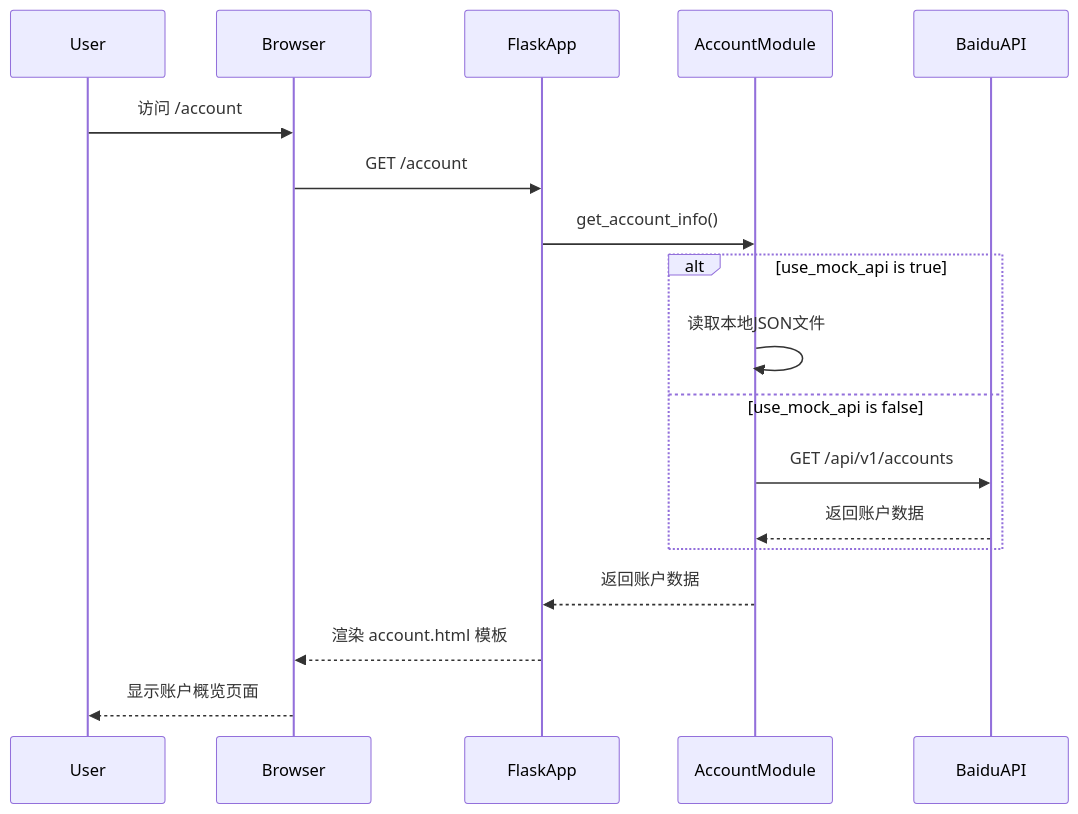
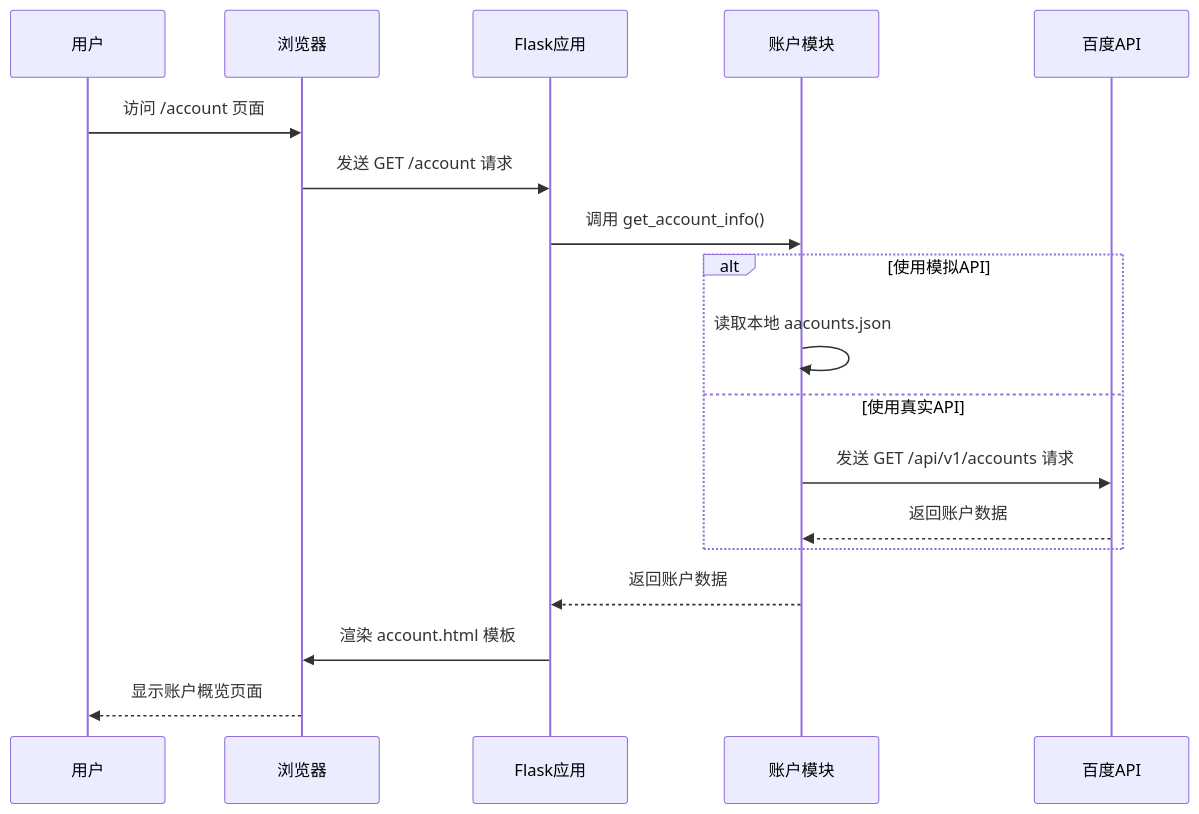
The second of 3 diagrams in README.md (Jas0nxlee/baiduapi), drawn with Mermaid before and after one commit. The commit also changed other lines of this file, not shown here.

````diff
--- a/README.md
+++ b/README.md
@@ -23,21 +54,23 @@
 ```mermaid
 sequenceDiagram
-    participant User
-    participant Browser
-    participant FlaskApp
-    participant AccountModule
-    participant BaiduAPI
+    participant User as 用户
+    participant Browser as 浏览器
+    participant FlaskApp as Flask应用
+    participant AccountModule as 账户模块
+    participant BaiduAPI as 百度API
 
-    User->>Browser: 访问 /account
-    Browser->>FlaskApp: GET /account
-    FlaskApp->>AccountModule: get_account_info()
-    alt use_mock_api is true
-        AccountModule->>AccountModule: 读取本地JSON文件
-    else use_mock_api is false
-        AccountModule->>BaiduAPI: GET /api/v1/accounts
+    User->>Browser: 访问 /account 页面
+    Browser->>FlaskApp: 发送 GET /account 请求
+    FlaskApp->>AccountModule: 调用 get_account_info()
+
+    alt 使用模拟API
+        AccountModule->>AccountModule: 读取本地 aacounts.json
+    else 使用真实API
+        AccountModule->>BaiduAPI: 发送 GET /api/v1/accounts 请求
         BaiduAPI-->>AccountModule: 返回账户数据
     end
+
     AccountModule-->>FlaskApp: 返回账户数据
-    FlaskApp-->>Browser: 渲染 account.html 模板
+    FlaskApp->>Browser: 渲染 account.html 模板
     Browser-->>User: 显示账户概览页面
 ```
````
